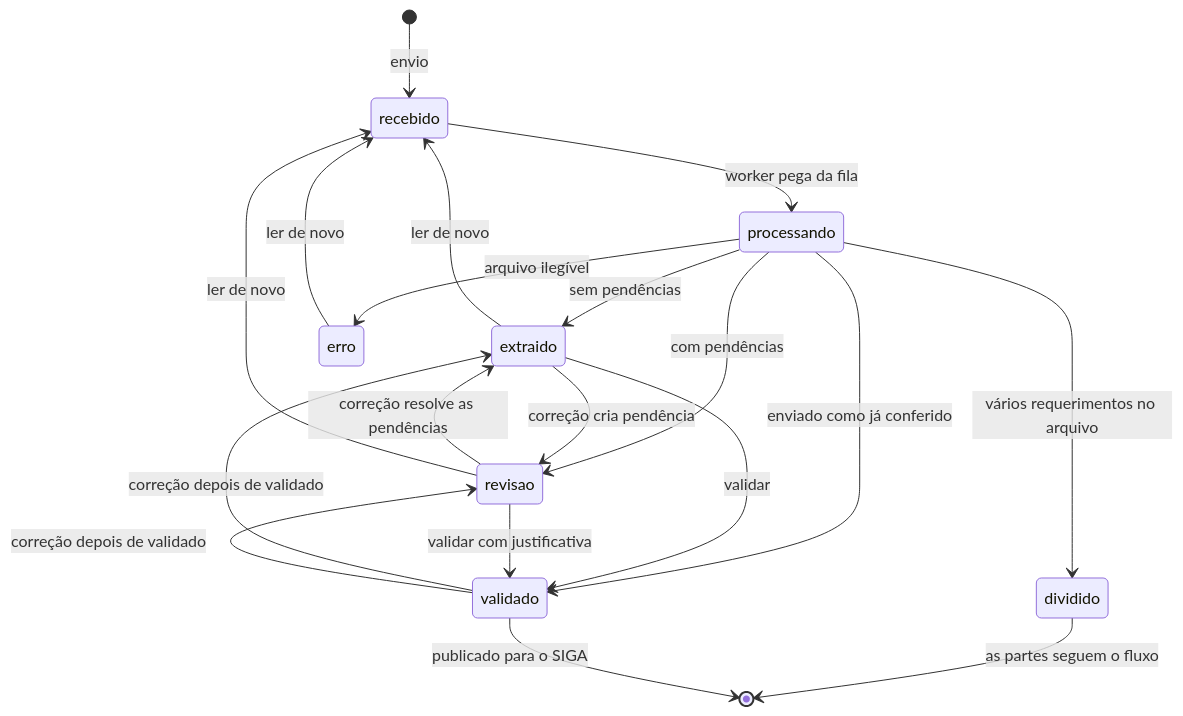
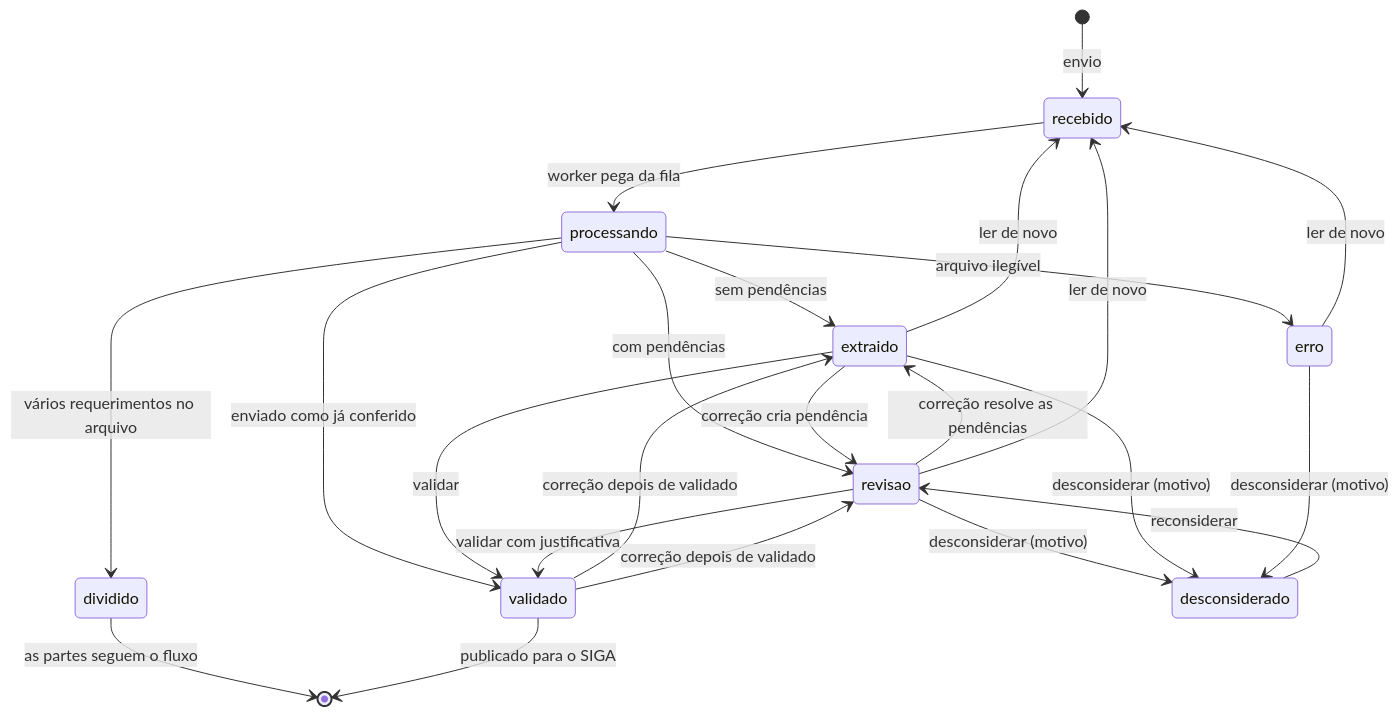
One commit to ramonabreu-data/ocr-requerimentos changed the fifth of 5 diagrams in README.md. Above: the diagram before and after it, drawn with Mermaid. The commit also changed other lines of this file and 25 other files, not shown here.

````diff
--- a/README.md
+++ b/README.md
@@ -229,21 +229,25 @@
 ```mermaid
 stateDiagram-v2
     [*] --> recebido: envio
     recebido --> processando: worker pega da fila
     processando --> extraido: sem pendências
     processando --> revisao: com pendências
     processando --> validado: enviado como já conferido
     processando --> erro: arquivo ilegível
     processando --> dividido: vários requerimentos no arquivo
     dividido --> [*]: as partes seguem o fluxo
     erro --> recebido: ler de novo
     extraido --> revisao: correção cria pendência
     revisao --> extraido: correção resolve as pendências
     extraido --> validado: validar
     revisao --> validado: validar com justificativa
+    revisao --> desconsiderado: desconsiderar (motivo)
+    extraido --> desconsiderado: desconsiderar (motivo)
+    erro --> desconsiderado: desconsiderar (motivo)
+    desconsiderado --> revisao: reconsiderar
     extraido --> recebido: ler de novo
     revisao --> recebido: ler de novo
     validado --> extraido: correção depois de validado
     validado --> revisao: correção depois de validado
     validado --> [*]: publicado para o SIGA
 ```
````
